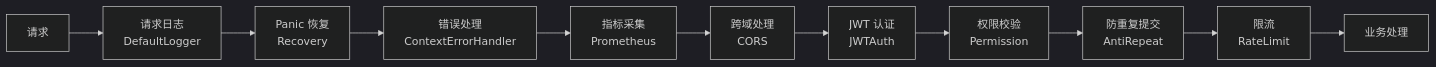
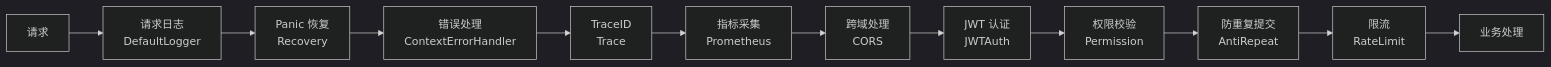
One commit to earthy-zinc/dehaze-system changed the ninth of 9 diagrams in dehaze-doc/docs/02-系统架构/07-后端基础设施设计(Go).md. Above: the diagram before and after it, drawn with Mermaid (dark theme). The commit also changed other lines of this file and 19 other files, not shown here.

````diff
--- a/dehaze-doc/docs/02-系统架构/07-后端基础设施设计(Go).md
+++ b/dehaze-doc/docs/02-系统架构/07-后端基础设施设计(Go).md
@@ -633,13 +639,14 @@
 ```mermaid
 flowchart LR
     Req["请求"] --> Logger["请求日志<br/>DefaultLogger"]
     Logger --> Recovery["Panic 恢复<br/>Recovery"]
     Recovery --> ErrorHandler["错误处理<br/>ContextErrorHandler"]
-    ErrorHandler --> Prometheus["指标采集<br/>Prometheus"]
+    ErrorHandler --> Trace["TraceID<br/>Trace"]
+    Trace --> Prometheus["指标采集<br/>Prometheus"]
     Prometheus --> CORS["跨域处理<br/>CORS"]
     CORS --> JWT["JWT 认证<br/>JWTAuth"]
     JWT --> Permission["权限校验<br/>Permission"]
     Permission --> AntiRepeat["防重复提交<br/>AntiRepeat"]
     AntiRepeat --> RateLimit["限流<br/>RateLimit"]
     RateLimit --> Handler["业务处理"]
 ```
````
